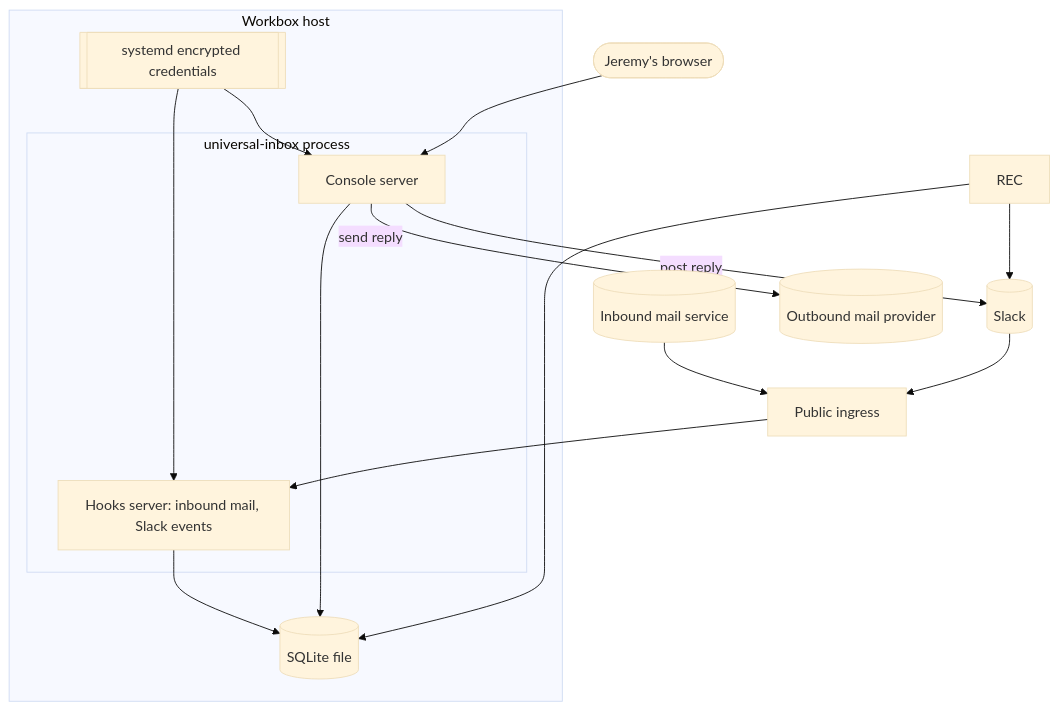
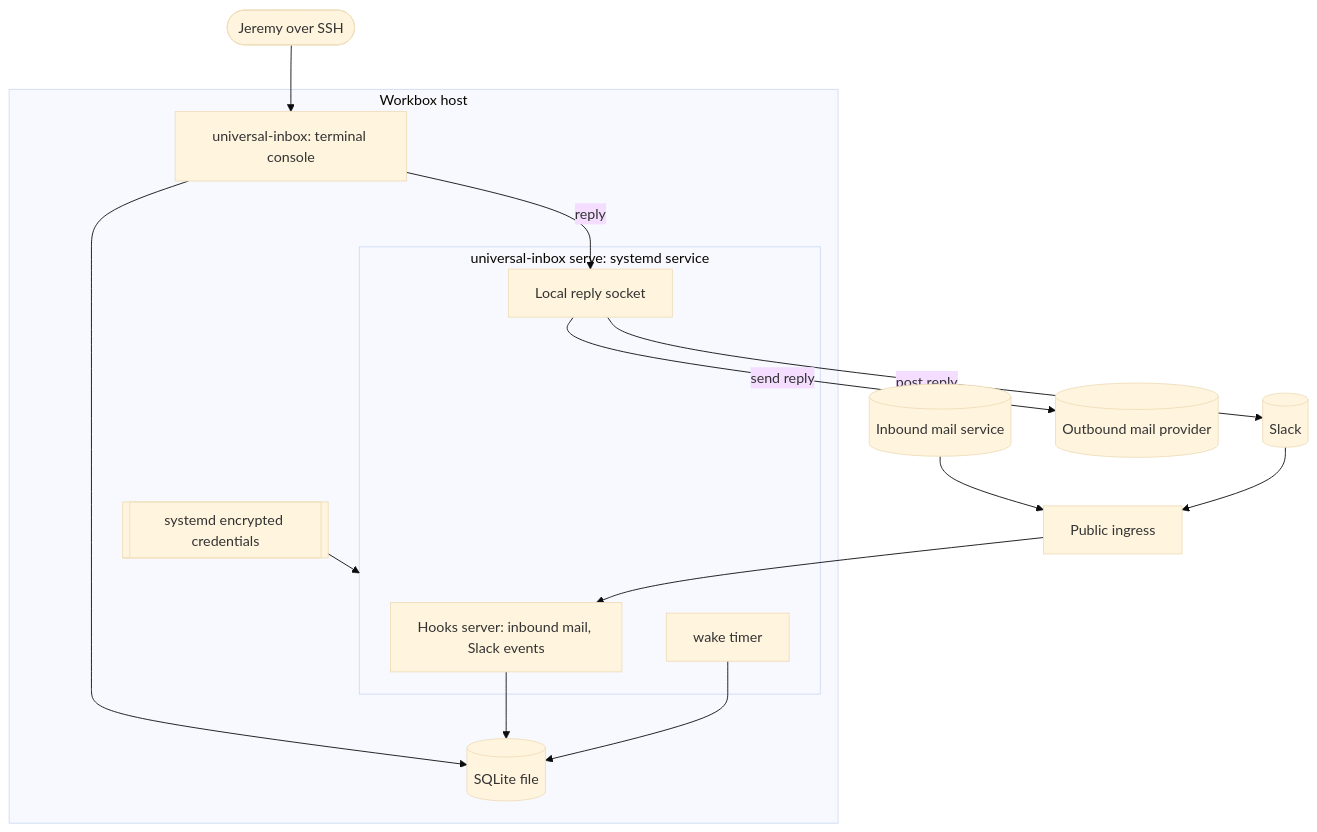
Before and after one commit to JMLegere/comms-terminal: the second of 3 diagrams in docs/prd.md, drawn with Mermaid (base theme). The commit also changed other lines of this file and 3 other files, not shown here.

First line of the commit message:
docs: console design (terminal app over SSH), approved

````diff
--- a/docs/prd.md
+++ b/docs/prd.md
@@ -258,22 +258,24 @@
 ```mermaid
 flowchart TB
   subgraph Workbox[Workbox host]
-    subgraph P[universal-inbox process]
+    subgraph SVC[universal-inbox serve: systemd service]
       HOOKS[Hooks server: inbound mail, Slack events]
-      WEB[Console server]
+      SOCK[Local reply socket]
+      WAKE[wake timer]
     end
+    TUI[universal-inbox: terminal console]
     DB[(SQLite file)]
     CRED[[systemd encrypted credentials]]
   end
   ING[Public ingress] --> HOOKS
   IM[(Inbound mail service)] --> ING
   SL[(Slack)] --> ING
-  CRED --> HOOKS & WEB
+  CRED --> SVC
   HOOKS --> DB
-  REC --> DB
-  REC --> SL
-  WEB --> DB
-  WEB -->|send reply| OM[(Outbound mail provider)]
-  WEB -->|post reply| SL
-  Browser([Jeremy's browser]) --> WEB
+  WAKE --> DB
+  TUI --> DB
+  TUI -->|reply| SOCK
+  SOCK -->|send reply| OM[(Outbound mail provider)]
+  SOCK -->|post reply| SL
+  J([Jeremy over SSH]) --> TUI
 ```
````
